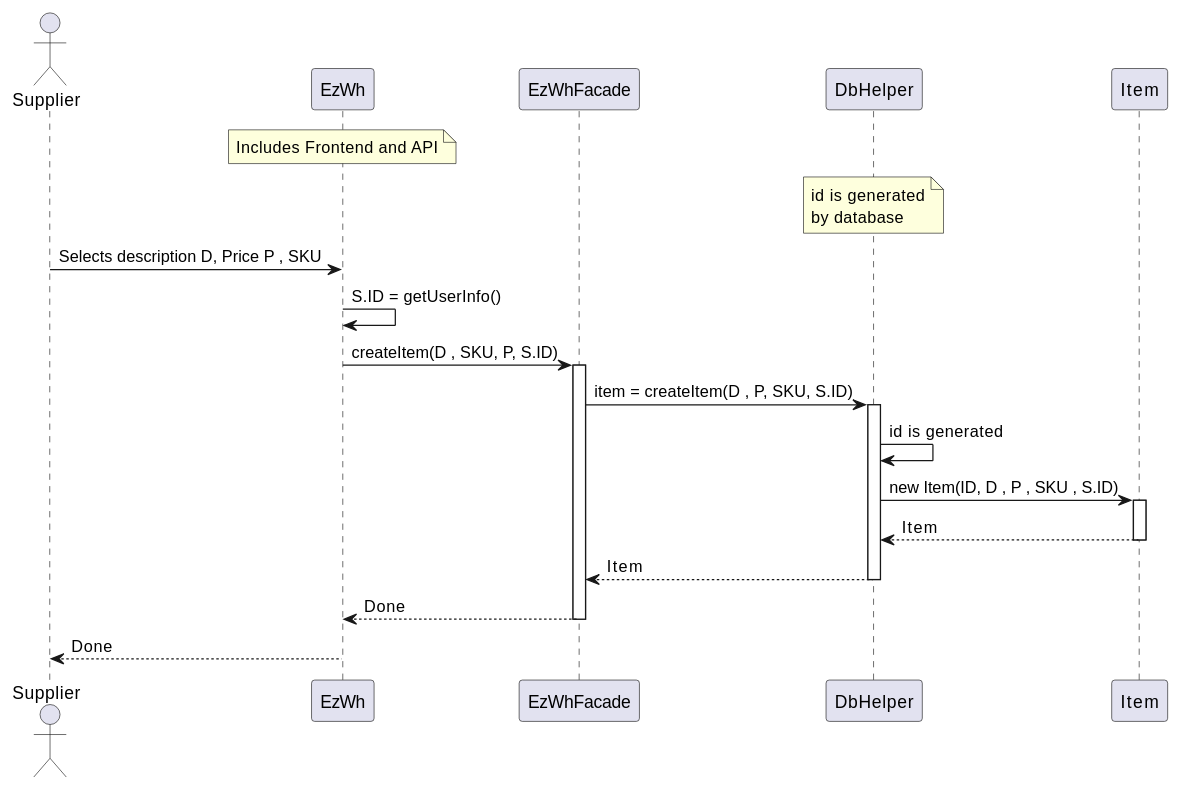
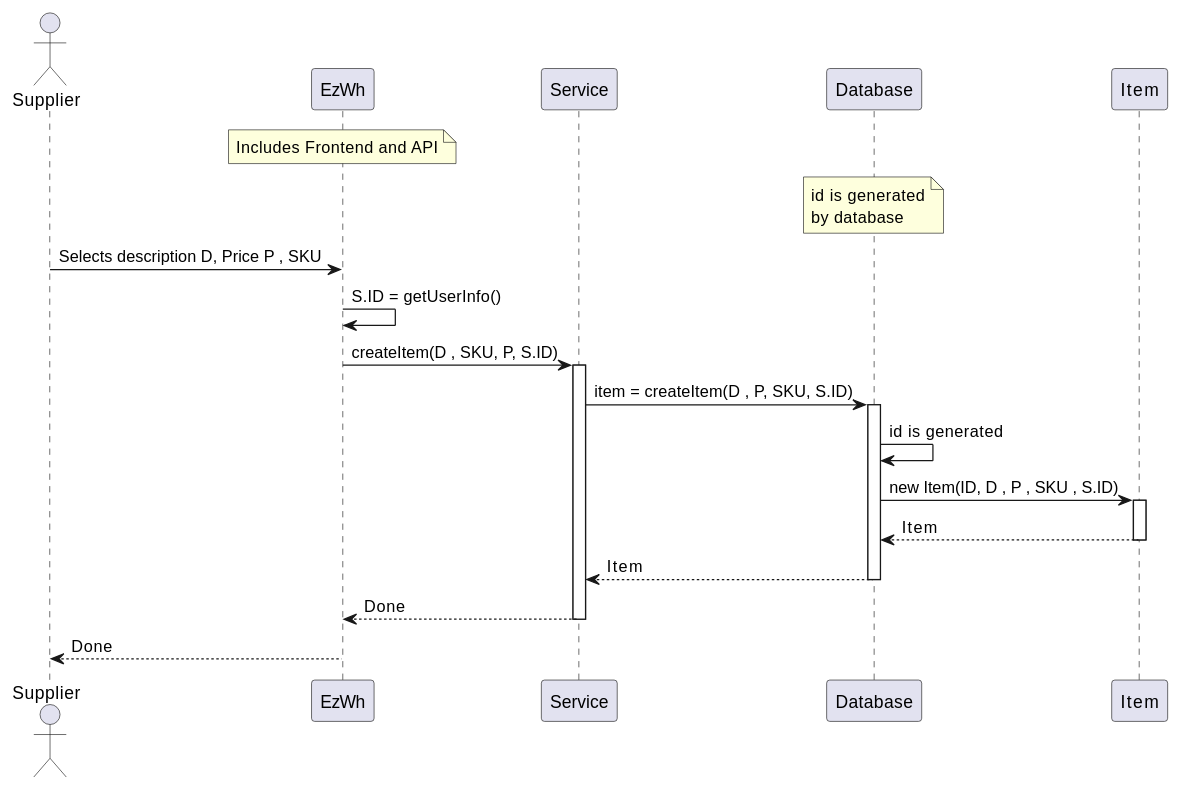
The tenth of 12 diagrams in DesignDocument.md (giuseppe-dandrea/EzWh), drawn with PlantUML before and after one commit. The commit also changed other lines of this file and 3 other files, not shown here.

````diff
--- a/DesignDocument.md
+++ b/DesignDocument.md
@@ -825,30 +818,30 @@
 ```plantuml
 actor Supplier
 participant EzWh
 note over EzWh: Includes Frontend and API
-note over DbHelper: id is generated\nby database
-participant EzWhFacade
-participant DbHelper
+note over Database: id is generated\nby database
+participant Service
+participant Database
 participant Item
 
 Supplier -> EzWh: Selects description D, Price P , SKU
 
 EzWh ->EzWh : S.ID = getUserInfo()
 
-EzWh -> EzWhFacade:createItem(D , SKU, P, S.ID)
+EzWh -> Service:createItem(D , SKU, P, S.ID)
 
-activate EzWhFacade
-EzWhFacade -> DbHelper: item = createItem(D , P, SKU, S.ID)
-activate DbHelper
-DbHelper -> DbHelper : id is generated
-DbHelper -> Item : new Item(ID, D , P , SKU , S.ID)
+activate Service
+Service -> Database: item = createItem(D , P, SKU, S.ID)
+activate Database
+Database -> Database : id is generated
+Database -> Item : new Item(ID, D , P , SKU , S.ID)
 
 activate Item
-Item --> DbHelper: Item
+Item --> Database: Item
 deactivate Item
-DbHelper --> EzWhFacade : Item
-deactivate DbHelper
-EzWhFacade --> EzWh : Done
-deactivate EzWhFacade
+Database --> Service : Item
+deactivate Database
+Service --> EzWh : Done
+deactivate Service
 EzWh-->Supplier : Done
 ```
````
